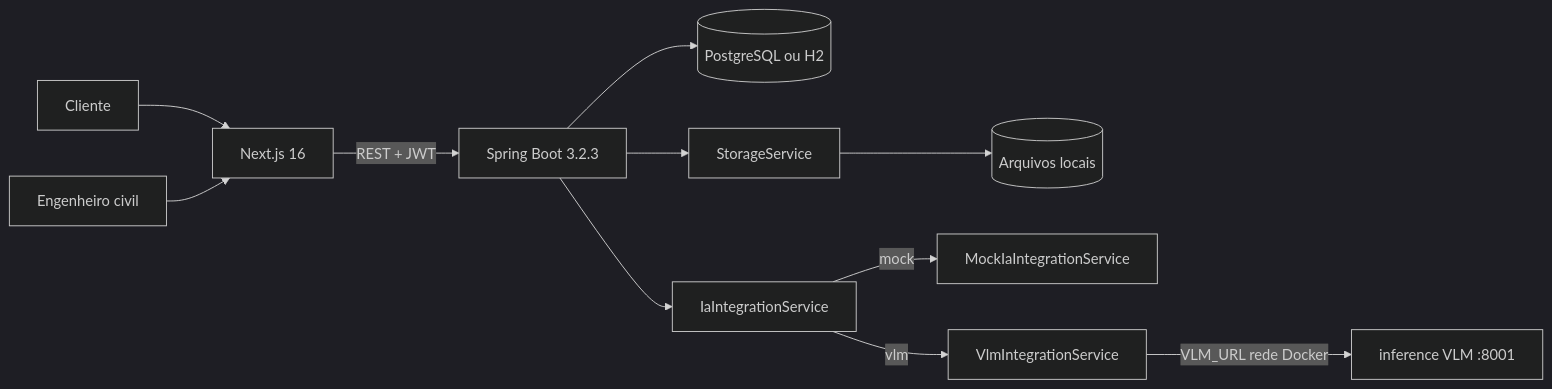
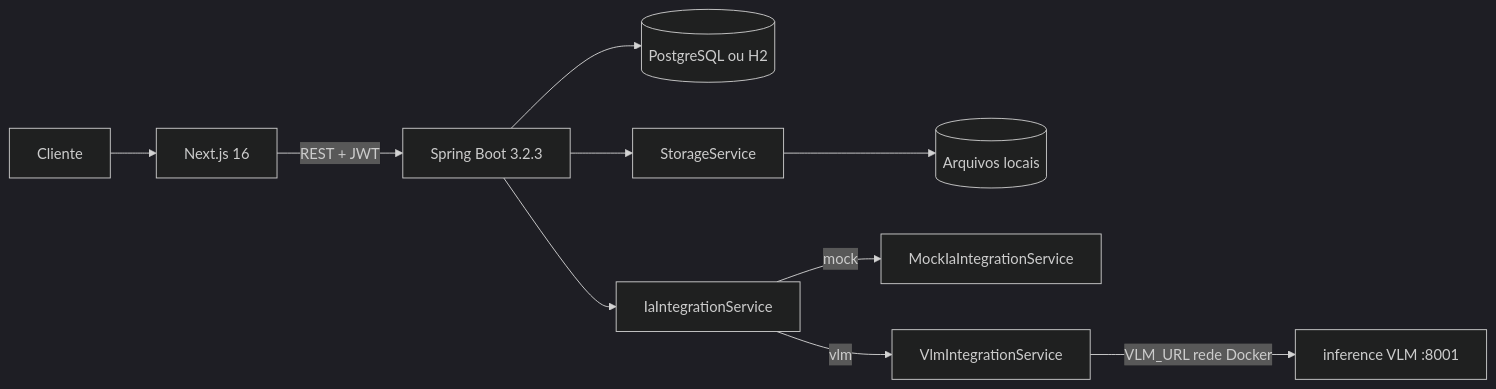
One commit to IA-Vistoria/vistoria-mvp changed the diagram in app/docs/architecture.md. Above: the diagram before and after it, drawn with Mermaid (dark theme). The commit also changed other lines of this file and 6 other files, not shown here.

````diff
--- a/app/docs/architecture.md
+++ b/app/docs/architecture.md
@@ -19,13 +19,12 @@
 ```mermaid
 flowchart LR
     Client["Cliente"] --> Web["Next.js 16"]
-    Engineer["Engenheiro civil"] --> Web
     Web -->|"REST + JWT"| API["Spring Boot 3.2.3"]
     API --> DB[("PostgreSQL ou H2")]
     API --> Storage["StorageService"]
     Storage --> Files[("Arquivos locais")]
     API --> IaPort["IaIntegrationService"]
     IaPort -->|mock| Mock["MockIaIntegrationService"]
     IaPort -->|vlm| Vlm["VlmIntegrationService"]
     Vlm -->|"VLM_URL rede Docker"| Inference["inference VLM :8001"]
 ```
````
